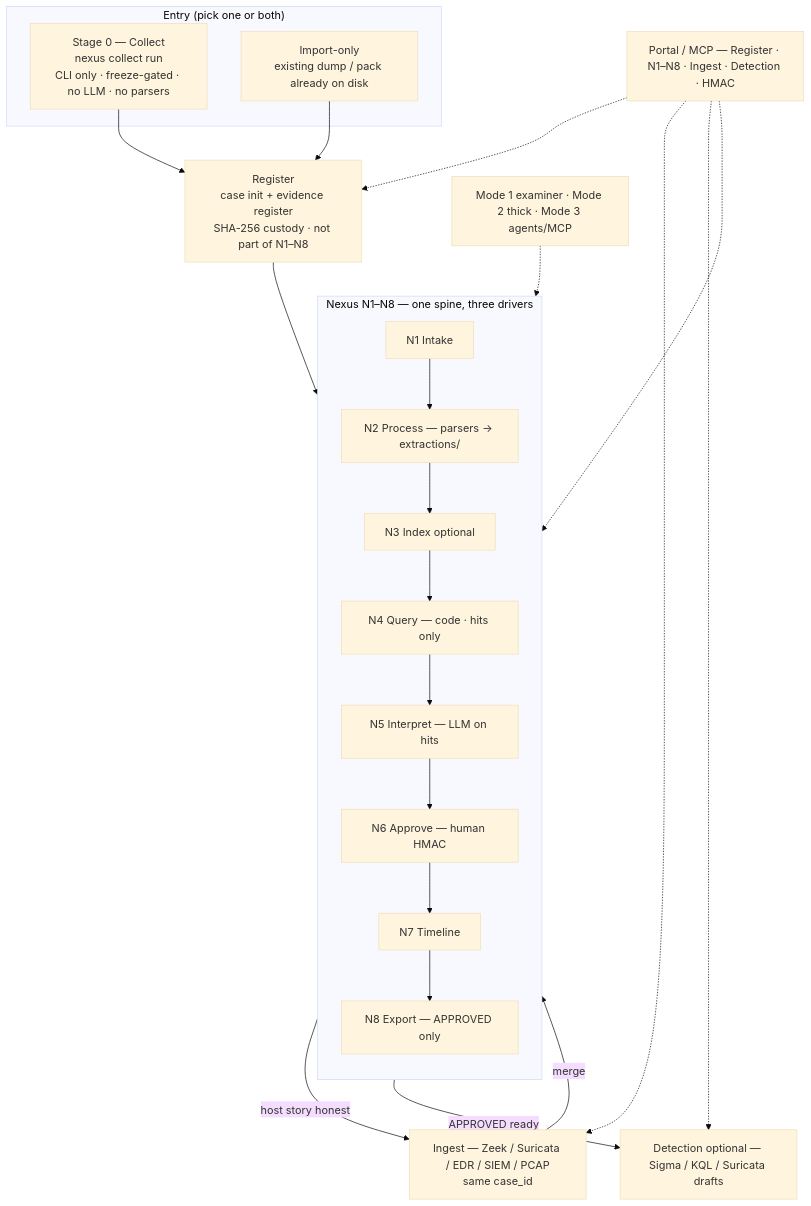
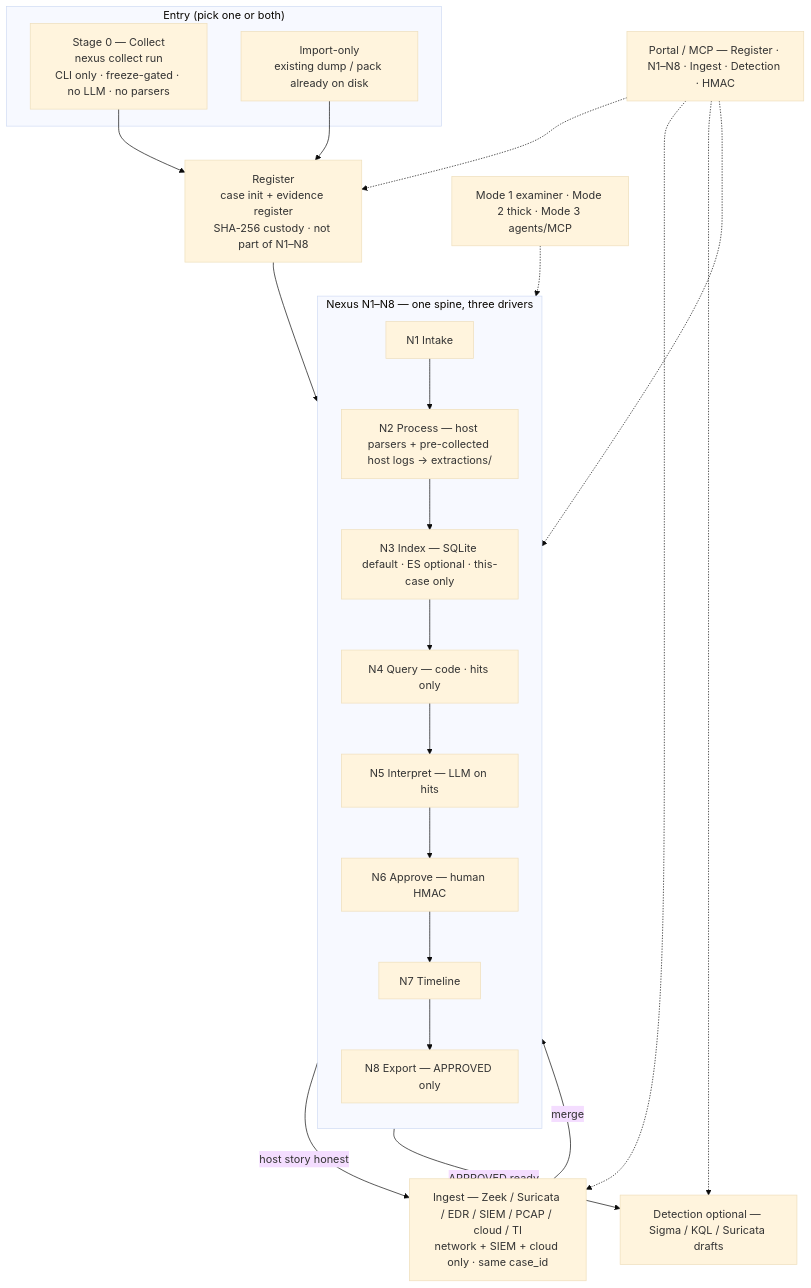
Before and after one commit to Ganron007/DFIR-Nexus: the first of 2 diagrams in Docs/ARCHITECTURE.md, drawn with Mermaid (base theme). The commit also changed other lines of this file and 1 other file, not shown here.

First line of the commit message:
docs: clarify N2/ingest boundary, N3 SQLite/ES backends, and pre-parsed skip semantics

````diff
--- a/Docs/ARCHITECTURE.md
+++ b/Docs/ARCHITECTURE.md
@@ -22,44 +22,44 @@
 ```mermaid
 flowchart TB
   subgraph ENTRY["Entry (pick one or both)"]
     S0["Stage 0 — Collect<br/>nexus collect run<br/>CLI only · freeze-gated · no LLM · no parsers"]
     IMP["Import-only<br/>existing dump / pack already on disk"]
   end
 
   REG["Register<br/>case init + evidence register<br/>SHA-256 custody · not part of N1–N8"]
 
   S0 --> REG
   IMP --> REG
 
   subgraph NEXUS["Nexus N1–N8 — one spine, three drivers"]
     direction TB
     N1["N1 Intake"]
-    N2["N2 Process — parsers → extractions/"]
-    N3["N3 Index optional"]
+    N2["N2 Process — host parsers + pre-collected host logs → extractions/"]
+    N3["N3 Index — SQLite default · ES optional · this-case only"]
     N4["N4 Query — code · hits only"]
     N5["N5 Interpret — LLM on hits"]
     N6["N6 Approve — human HMAC"]
     N7["N7 Timeline"]
     N8["N8 Export — APPROVED only"]
 
     N1 --> N2 --> N3 --> N4 --> N5 --> N6 --> N7 --> N8
   end
 
   REG --> N1
 
   MODE["Mode 1 examiner · Mode 2 thick · Mode 3 agents/MCP"]
   MODE -.-> NEXUS
 
-  ING["Ingest — Zeek / Suricata / EDR / SIEM / PCAP<br/>same case_id"]
+  ING["Ingest — Zeek / Suricata / EDR / SIEM / PCAP / cloud / TI<br/>network + SIEM + cloud only · same case_id"]
   N8 -->|"host story honest"| ING
   ING -->|"merge"| N4
 
   DET["Detection optional — Sigma / KQL / Suricata drafts"]
   N8 -->|"APPROVED ready"| DET
 
   UI["Portal / MCP — Register · N1–N8 · Ingest · Detection · HMAC"]
   UI -.-> REG
   UI -.-> NEXUS
   UI -.-> ING
   UI -.-> DET
 ```
````
